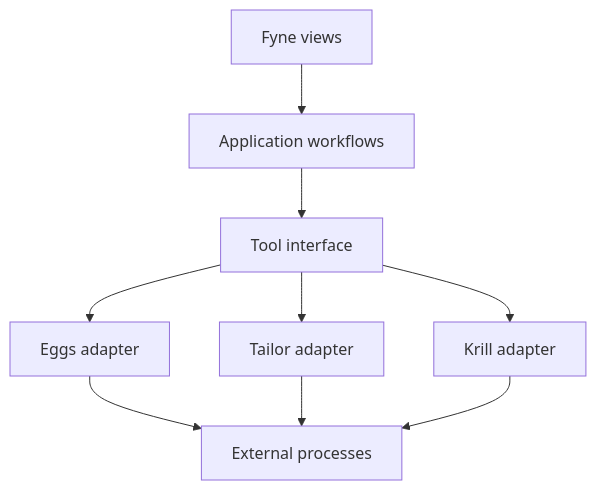
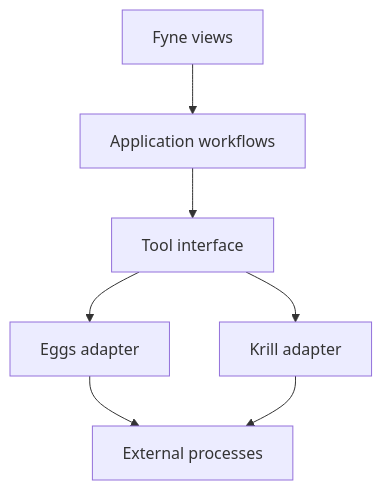
The first of 2 diagrams in ARCHITECTURE.md (pieroproietti/penguins-gui), drawn with Mermaid before and after one commit. The commit also changed other lines of this file and 4 other files, not shown here.

````diff
--- a/ARCHITECTURE.md
+++ b/ARCHITECTURE.md
@@ -39,11 +41,9 @@
 ```mermaid
 flowchart TD
     UI["Fyne views"] --> APP["Application workflows"]
     APP --> PORT["Tool interface"]
     PORT --> EGGS["Eggs adapter"]
-    PORT --> TAILOR["Tailor adapter"]
     PORT --> KRILL["Krill adapter"]
     EGGS --> CLI["External processes"]
-    TAILOR --> CLI
     KRILL --> CLI
 ```
````
